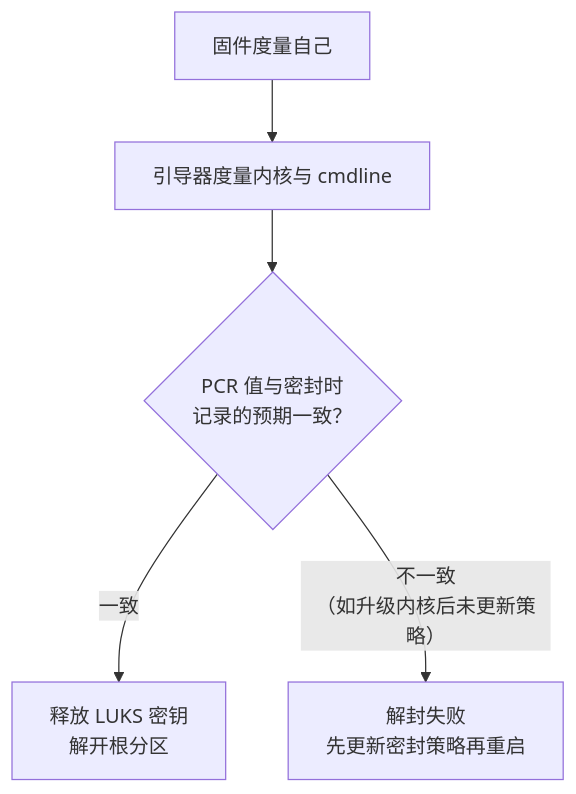
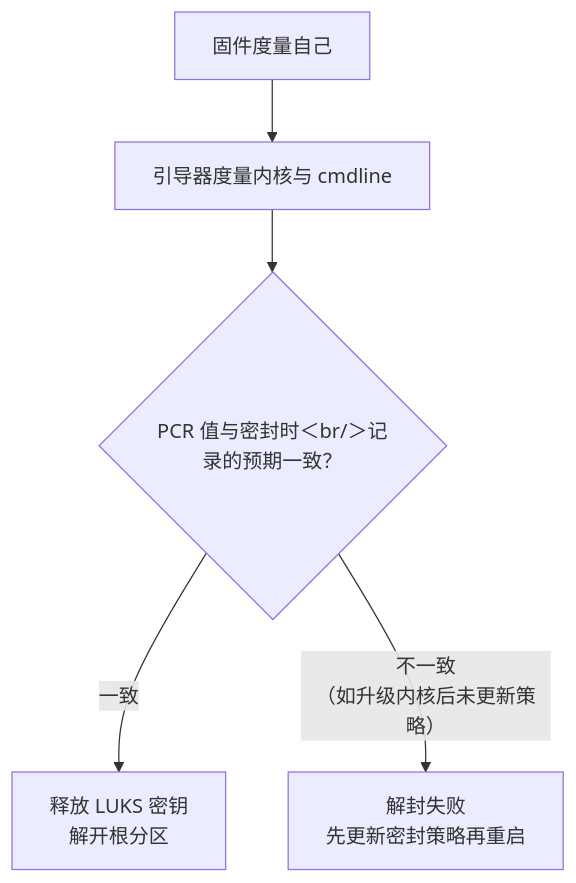
The second of 2 diagrams in docs/cs/tpm-measured-boot.md (xhongduo-tech/xhongduo-tech.github.io), drawn with Mermaid before and after one commit. The commit also changed 291 other files, not shown here.

Commit message:
Normalize lesson titles to tree names and repair mermaid arrow/quote syntax site-wide.

````diff
--- a/docs/cs/tpm-measured-boot.md
+++ b/docs/cs/tpm-measured-boot.md
@@ -45,7 +45,7 @@
 ```mermaid
 flowchart TD
   FW["固件度量自己"] --> GRUB["引导器度量内核与 cmdline"]
-  GRUB --> CHECK{"PCR 值与密封时<br/>记录的预期一致？"}
+  GRUB --> CHECK{"PCR 值与密封时＜br/＞记录的预期一致？"}
   CHECK -->|"一致"| UNSEAL["释放 LUKS 密钥<br/>解开根分区"]
   CHECK -->|"不一致<br/>（如升级内核后未更新策略）"| FAIL["解封失败<br/>先更新密封策略再重启"]
 ```
````
